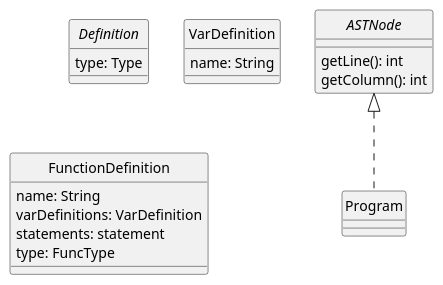
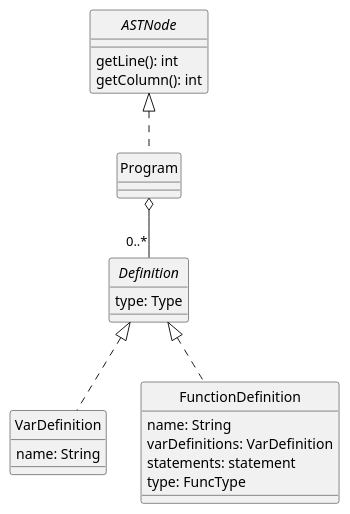
Before and after one commit to JonathanAriass/dlp-examen: the diagram in docs/diagrams/program.plantuml, drawn with PlantUML. The commit also changed 2 other files, not shown here.

Commit message:
Xana UML before second class

```diff
--- a/docs/diagrams/program.plantuml
+++ b/docs/diagrams/program.plantuml
@@ -1,32 +1,35 @@
 @startuml Program
 skinparam style strictuml
 skinparam monochrome true
 
 
 interface ASTNode {
     getLine(): int
     getColumn(): int
 }
 
 class Program
 
 interface Definition {
     type: Type
 }
 
-class VarDefinition {
+class VarDefinition implements Definition {
     name: String
 
 }
 
-class FunctionDefinition {
+class FunctionDefinition implements Definition {
     name: String
     varDefinitions: VarDefinition
     statements: statement
     type: FuncType
 }
 
 
 ASTNode <|.. Program
+Program o-- "0..*" Definition
+
+
 
 @enduml
```
